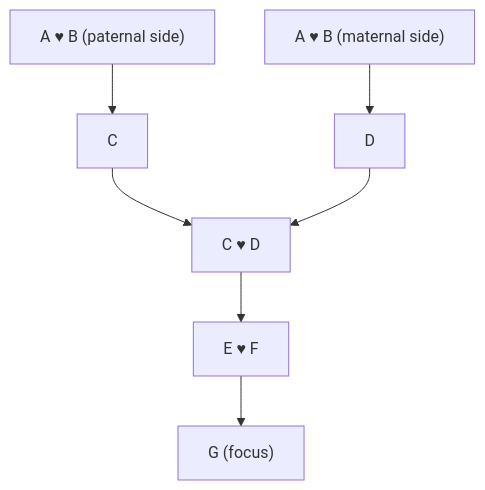
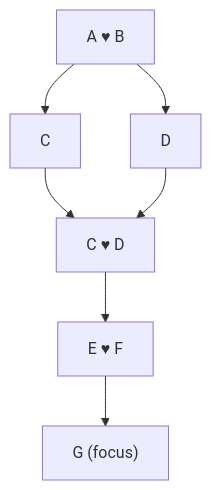
Before and after one commit to san650/ancestry: the second of 13 diagrams in lib/ancestry/people/CLAUDE.md, drawn with Mermaid. The commit also changed other lines of this file, not shown here.

````diff
--- a/lib/ancestry/people/CLAUDE.md
+++ b/lib/ancestry/people/CLAUDE.md
@@ -51,11 +51,10 @@
 ```mermaid
 flowchart TD
-    Left["A ♥ B (paternal side)"]
-    Right["A ♥ B (maternal side)"]
-    Left --> C
-    Right --> D
+    AB["A ♥ B"]
+    AB --> C
+    AB --> D
     C --> Couple["C ♥ D"]
     D --> Couple
     Couple --> EF["E ♥ F"]
     EF --> G["G (focus)"]
 ```
````
